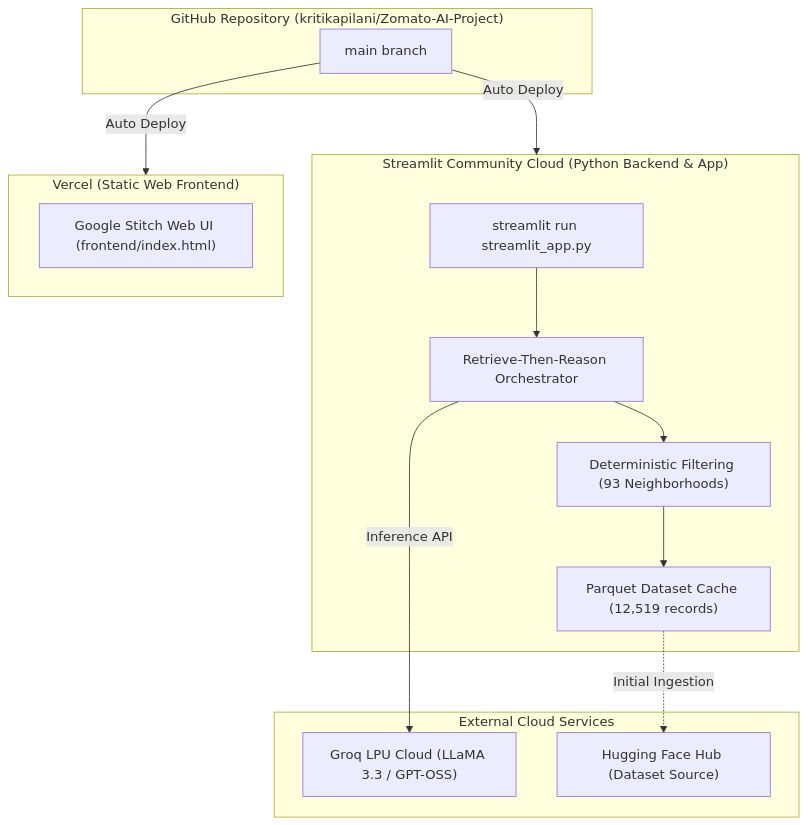
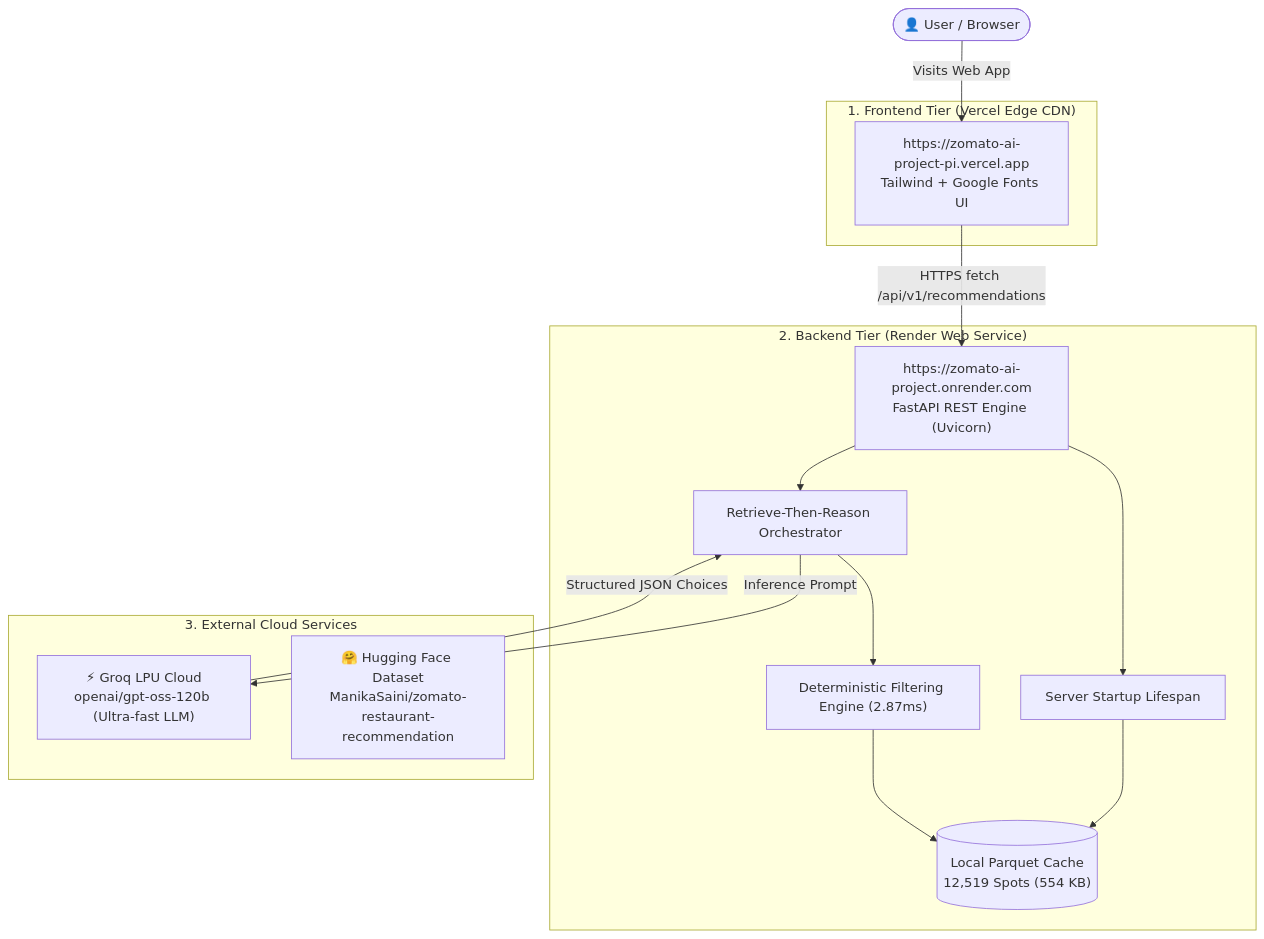
The diagram in deployment-plan.md (kritikapilani/Zomato-AI-Project), drawn with Mermaid before and after one commit. The commit also changed other lines of this file and 1 other file, not shown here.

Commit message:
docs: finalize production architecture exclusively for Vercel frontend and Render backend

````diff
--- a/deployment-plan.md
+++ b/deployment-plan.md
@@ -12,31 +11,32 @@
 ```mermaid
 flowchart TD
-    subgraph GitHub["GitHub Repository (kritikapilani/Zomato-AI-Project)"]
-        RepoMain["main branch"]
+    User([👤 User / Browser])
+    
+    subgraph Vercel_Tier["1. Frontend Tier (Vercel Edge CDN)"]
+        VercelApp["https://zomato-ai-project-pi.vercel.app<br/>Tailwind + Google Fonts UI"]
     end
-
-    subgraph StreamlitCloud["Streamlit Community Cloud (Python Backend & App)"]
-        StreamlitRunner["streamlit run streamlit_app.py"]
+    
+    subgraph Render_Tier["2. Backend Tier (Render Web Service)"]
+        RenderAPI["https://zomato-ai-project.onrender.com<br/>FastAPI REST Engine (Uvicorn)"]
+        LifeSpan["Server Startup Lifespan"]
         Orchestrator["Retrieve-Then-Reason Orchestrator"]
-        Filter["Deterministic Filtering (93 Neighborhoods)"]
-        DataCache["Parquet Dataset Cache (12,519 records)"]
+        Filter["Deterministic Filtering Engine (2.87ms)"]
+        Cache[("Local Parquet Cache<br/>12,519 Spots (554 KB)")]
         
-        StreamlitRunner --> Orchestrator
+        RenderAPI --> LifeSpan
+        LifeSpan --> Cache
+        RenderAPI --> Orchestrator
         Orchestrator --> Filter
-        Filter --> DataCache
+        Filter --> Cache
     end
-
-    subgraph VercelEdge["Vercel (Static Web Frontend)"]
-        EdgeUI["Google Stitch Web UI (frontend/index.html)"]
+    
+    subgraph External_Cloud["3. External Cloud Services"]
+        Groq["⚡ Groq LPU Cloud<br/>openai/gpt-oss-120b (Ultra-fast LLM)"]
+        HF["🤗 Hugging Face Dataset<br/>ManikaSaini/zomato-restaurant-recommendation"]
     end
-
-    subgraph External["External Cloud Services"]
-        Groq["Groq LPU Cloud (LLaMA 3.3 / GPT-OSS)"]
-        HF["Hugging Face Hub (Dataset Source)"]
-    end
-
-    RepoMain -->|Auto Deploy| StreamlitCloud
-    RepoMain -->|Auto Deploy| VercelEdge
-    Orchestrator -->|Inference API| Groq
-    DataCache -.->|Initial Ingestion| HF
+    
+    User -->|Visits Web App| VercelApp
+    VercelApp -->|HTTPS fetch /api/v1/recommendations| RenderAPI
+    Orchestrator -->|Inference Prompt| Groq
+    Groq -->|Structured JSON Choices| Orchestrator
 ```
````
